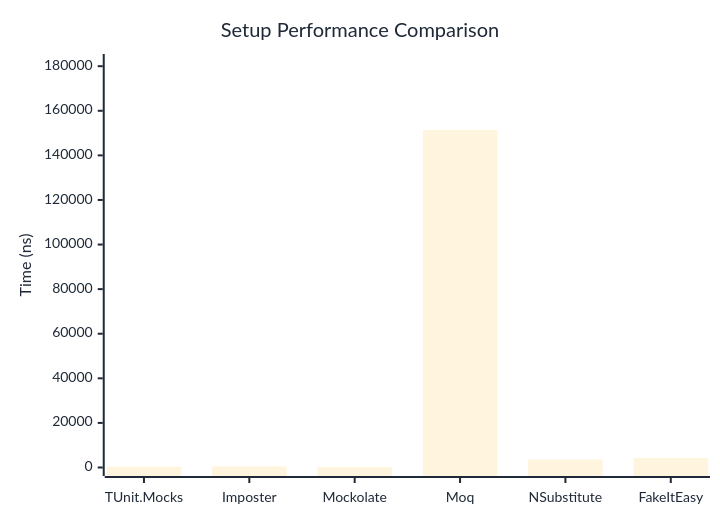
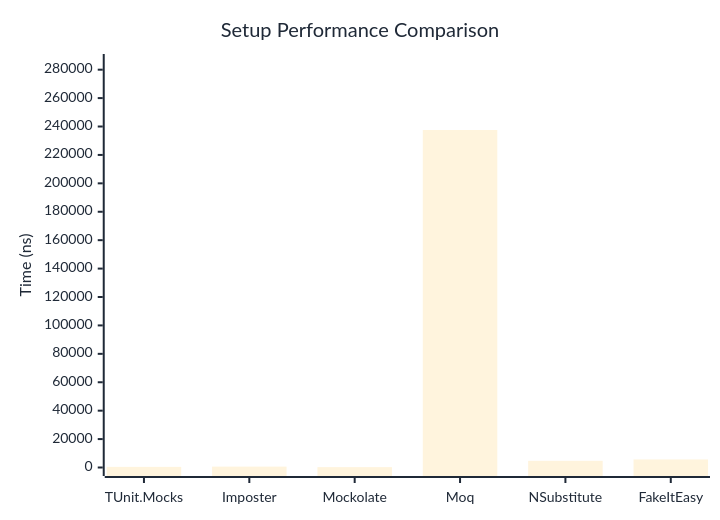
Before and after one commit to thomhurst/TUnit: the first of 2 diagrams in docs/docs/benchmarks/mocks/Setup.md, drawn with Mermaid. The commit also changed other lines of this file and 14 other files, not shown here.

````diff
--- a/docs/docs/benchmarks/mocks/Setup.md
+++ b/docs/docs/benchmarks/mocks/Setup.md
@@ -30,27 +30,27 @@
 ```mermaid
 %%{init: {
   'theme':'base',
   'themeVariables': {
     'primaryColor': '#2563eb',
     'primaryTextColor': '#1f2937',
     'primaryBorderColor': '#1e40af',
     'lineColor': '#6b7280',
     'secondaryColor': '#7c3aed',
     'tertiaryColor': '#dc2626',
     'background': '#ffffff',
     'pie1': '#2563eb',
     'pie2': '#7c3aed',
     'pie3': '#dc2626',
     'pie4': '#f59e0b',
     'pie5': '#10b981',
     'pie6': '#06b6d4',
     'pie7': '#ec4899',
     'pie8': '#6366f1'
   }
 }}%%
 xychart-beta
   title "Setup Performance Comparison"
   x-axis ["TUnit.Mocks", "Imposter", "Mockolate", "Moq", "NSubstitute", "FakeItEasy"]
-  y-axis "Time (ns)" 0 --> 181655
-  bar [366.2, 487.1, 208.2, 151379, 3556.6, 4234.1]
+  y-axis "Time (ns)" 0 --> 285055
+  bar [430.8, 620.9, 256, 237545.5, 4702.9, 5663.7]
 ```
````
